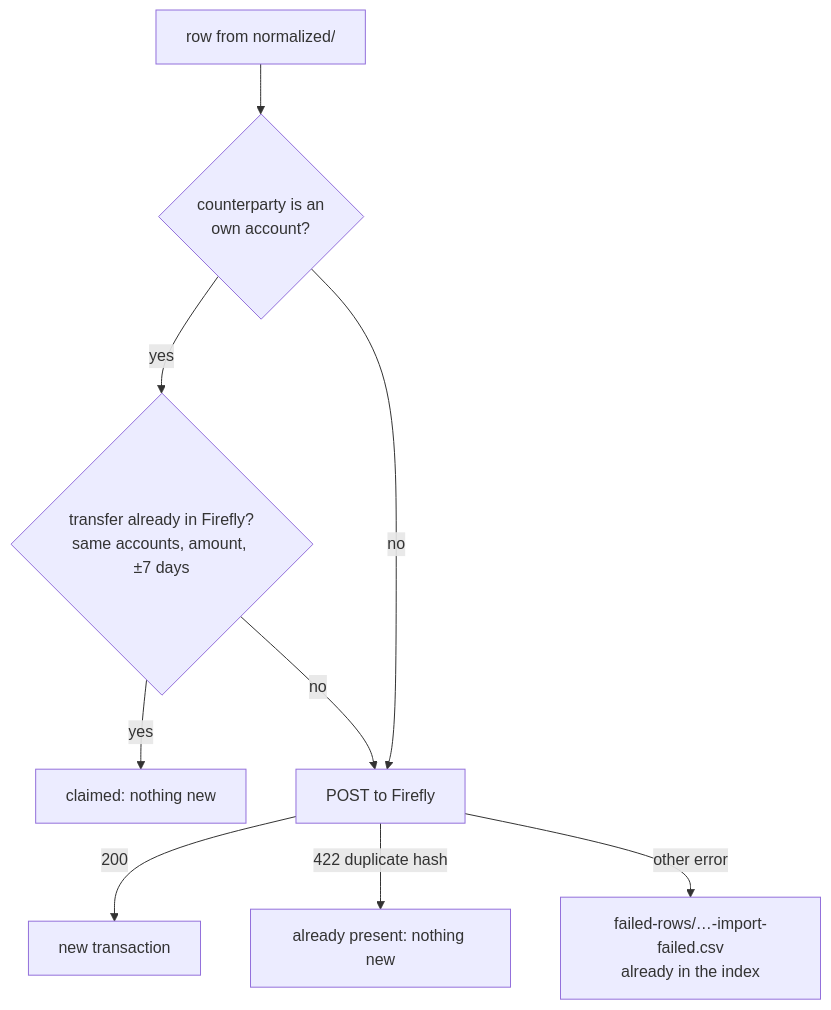
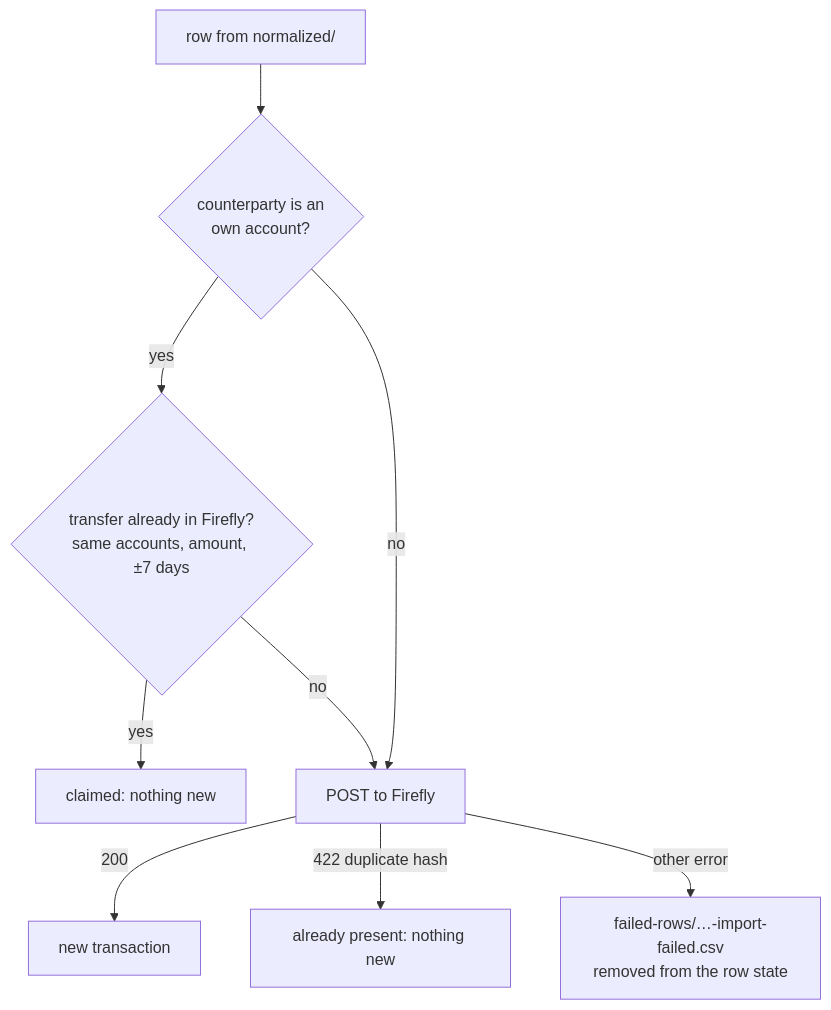
One commit to TrueNAS-Script-Kiddie/firefly-iii-feeder changed the fourth of 8 diagrams in docs/archive-and-reload.md. Above: the diagram before and after it, drawn with Mermaid. The commit also changed other lines of this file and 13 other files, not shown here.

````diff
--- a/docs/archive-and-reload.md
+++ b/docs/archive-and-reload.md
@@ -121,11 +121,11 @@
 ```mermaid
 flowchart TD
     R[row from normalized/] --> T{counterparty is an<br/>own account?}
     T -->|yes| C{transfer already in Firefly?<br/>same accounts, amount, ±7 days}
     C -->|yes| CL[claimed: nothing new]
     C -->|no| P
     T -->|no| P[POST to Firefly]
     P -->|200| NEW[new transaction]
     P -->|422 duplicate hash| AP[already present: nothing new]
-    P -->|other error| IF["failed-rows/…-import-failed.csv<br/>already in the index"]
+    P -->|other error| IF["failed-rows/…-import-failed.csv<br/>removed from the row state"]
 ```
````
